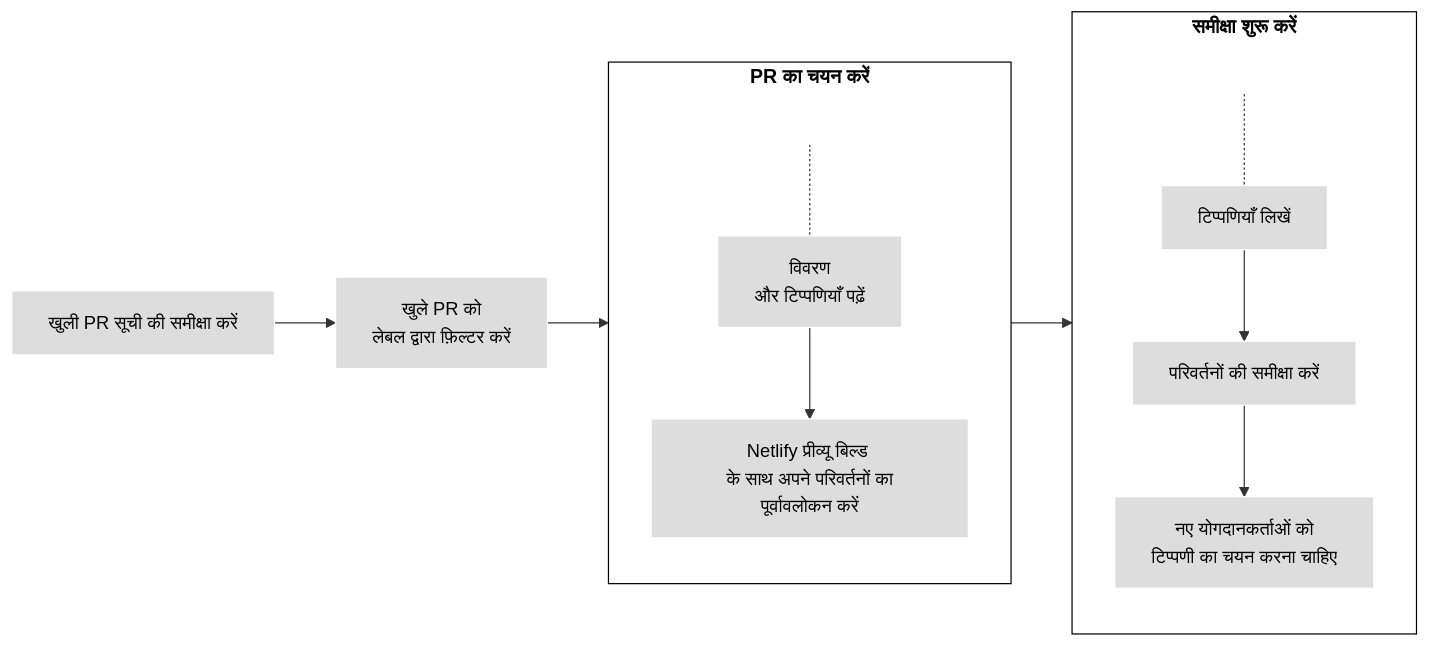
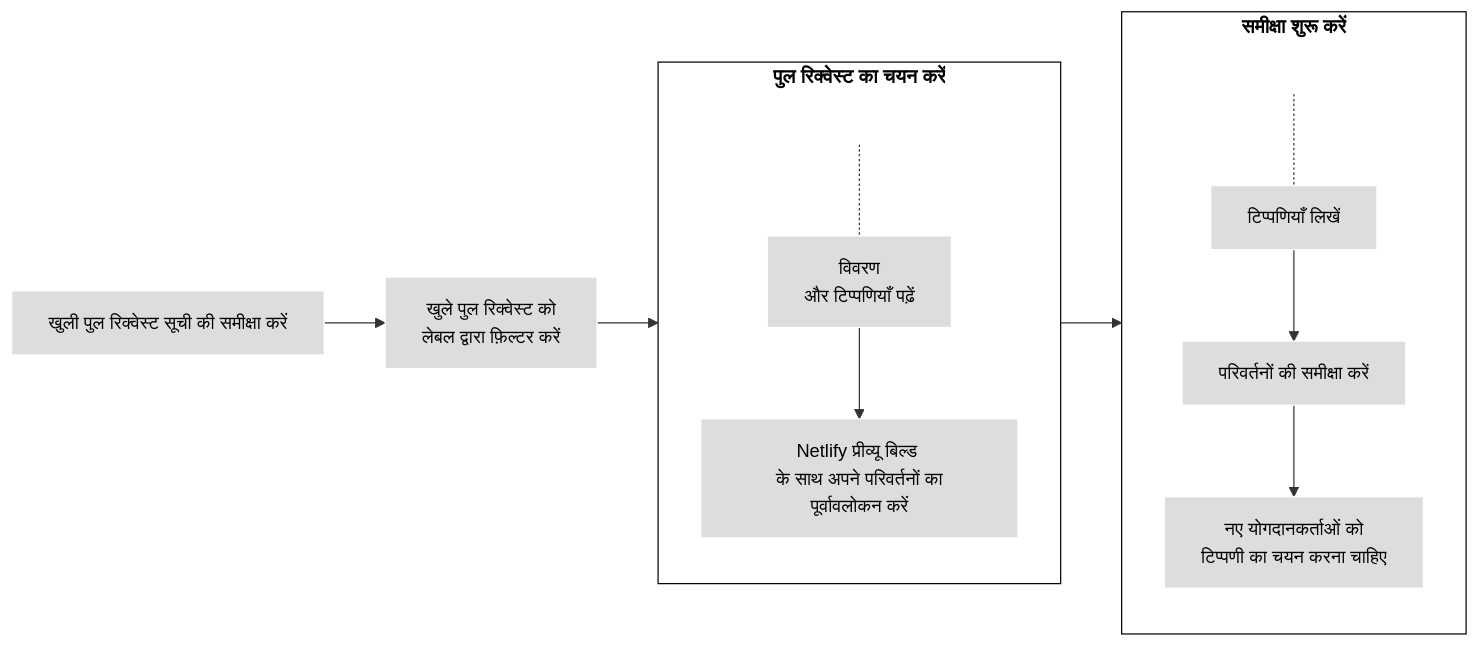
Before and after one commit to kubernetes/website: the diagram in content/hi/docs/contribute/review/reviewing-prs.md, drawn with Mermaid. The commit also changed other lines of this file, not shown here.

```diff
--- a/content/hi/docs/contribute/review/reviewing-prs.md
+++ b/content/hi/docs/contribute/review/reviewing-prs.md
@@ -43,25 +43,25 @@
 {{< mermaid >}}
 flowchart LR
     subgraph fourth[समीक्षा शुरू करें]
     direction TB
     S[ ] -.-
     M[टिप्पणियाँ लिखें] --> N[परिवर्तनों की समीक्षा करें]
     N --> O[नए योगदानकर्ताओं को <br>टिप्पणी का चयन करना चाहिए]
     end
-    subgraph third[PR का चयन करें]
+    subgraph third[पुल रिक्वेस्ट का चयन करें]
     direction TB
     T[ ] -.-
     J[विवरण<br>और टिप्पणियाँ पढ़ें]--> K[Netlify प्रीव्यू बिल्ड <br> के साथ अपने परिवर्तनों का पूर्वावलोकन करें]
     end
  
-  A[खुली PR सूची की समीक्षा करें]--> B[खुले PR को <br>लेबल द्वारा फ़िल्टर करें]
+  A[खुली पुल रिक्वेस्ट सूची की समीक्षा करें]--> B[खुले पुल रिक्वेस्ट को <br>लेबल द्वारा फ़िल्टर करें]
   B --> third --> fourth
      
 
 classDef grey fill:#dddddd,stroke:#ffffff,stroke-width:px,color:#000000, font-size:15px;
 classDef white fill:#ffffff,stroke:#000,stroke-width:px,color:#000,font-weight:bold
 classDef spacewhite fill:#ffffff,stroke:#fff,stroke-width:0px,color:#000
 class A,B,J,K,M,N,O grey
 class S,T spacewhite
 class third,fourth white
 {{</ mermaid >}}
```
